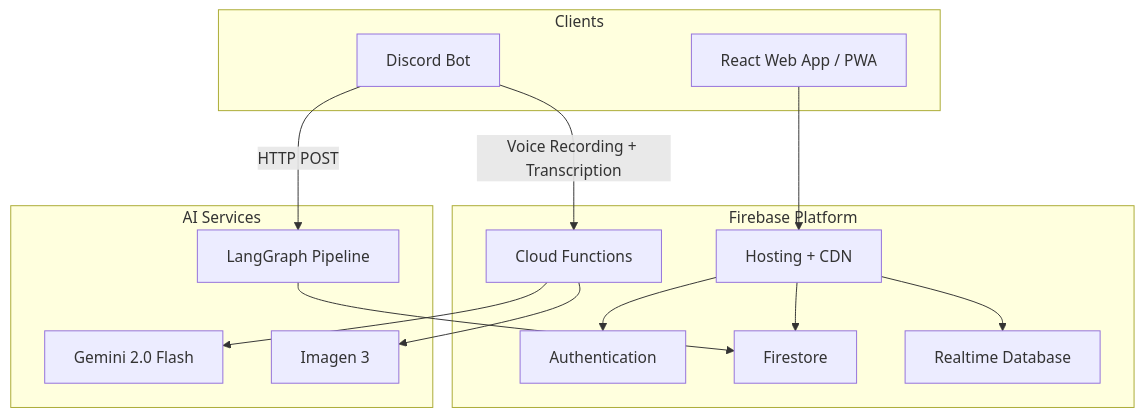
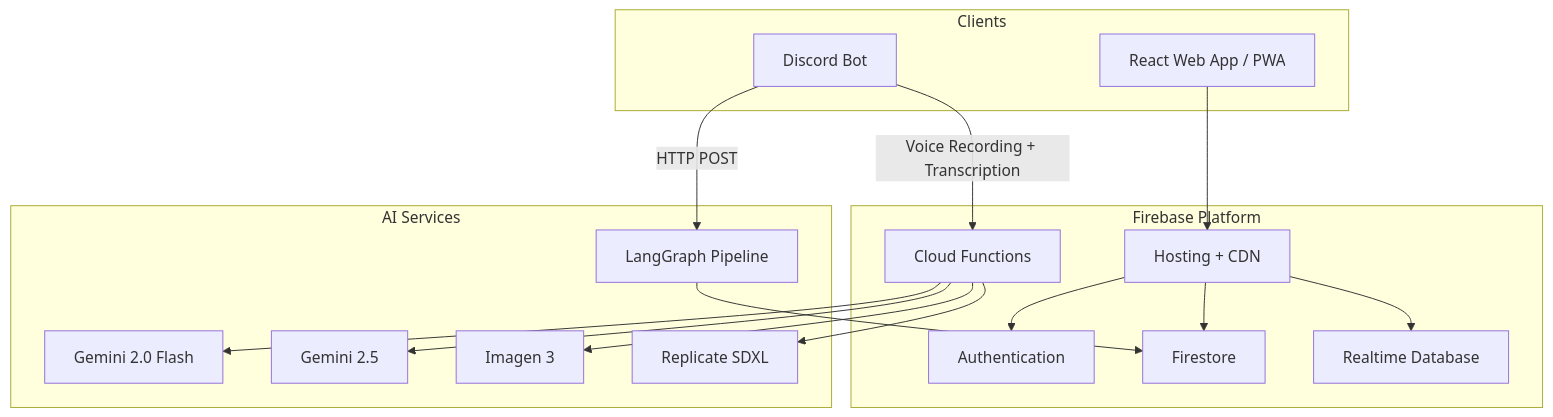
One commit to svivasgo/chag-innovations-portfolio changed the diagram in projects/chaggerheart/README.md. Above: the diagram before and after it, drawn with Mermaid. The commit also changed other lines of this file and 5 other files, not shown here.

````diff
--- a/projects/chaggerheart/README.md
+++ b/projects/chaggerheart/README.md
@@ -77,31 +98,35 @@
 ```mermaid
 graph TB
     subgraph "Clients"
         WEB[React Web App / PWA]
         BOT[Discord Bot]
     end
 
     subgraph "Firebase Platform"
         HOST[Hosting + CDN]
         AUTH[Authentication]
         CF[Cloud Functions]
         FS[Firestore]
         RTDB[Realtime Database]
     end
 
     subgraph "AI Services"
         GEMINI[Gemini 2.0 Flash]
+        GEMINI25[Gemini 2.5]
         IMAGEN[Imagen 3]
+        SDXL[Replicate SDXL]
         LANGGRAPH[LangGraph Pipeline]
     end
 
     WEB --> HOST
     BOT -->|Voice Recording + Transcription| CF
     HOST --> AUTH
     HOST --> FS
     HOST --> RTDB
     CF --> GEMINI
+    CF --> GEMINI25
     CF --> IMAGEN
+    CF --> SDXL
     BOT -->|HTTP POST| LANGGRAPH
     LANGGRAPH --> FS
 ```
````
